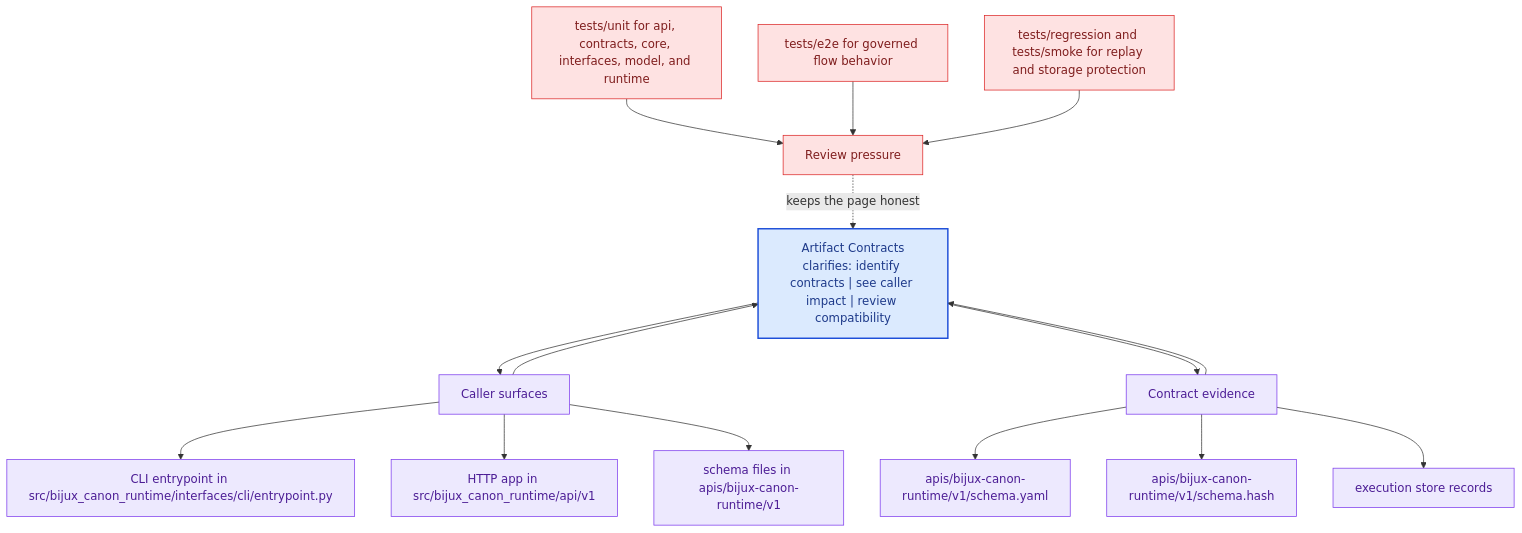
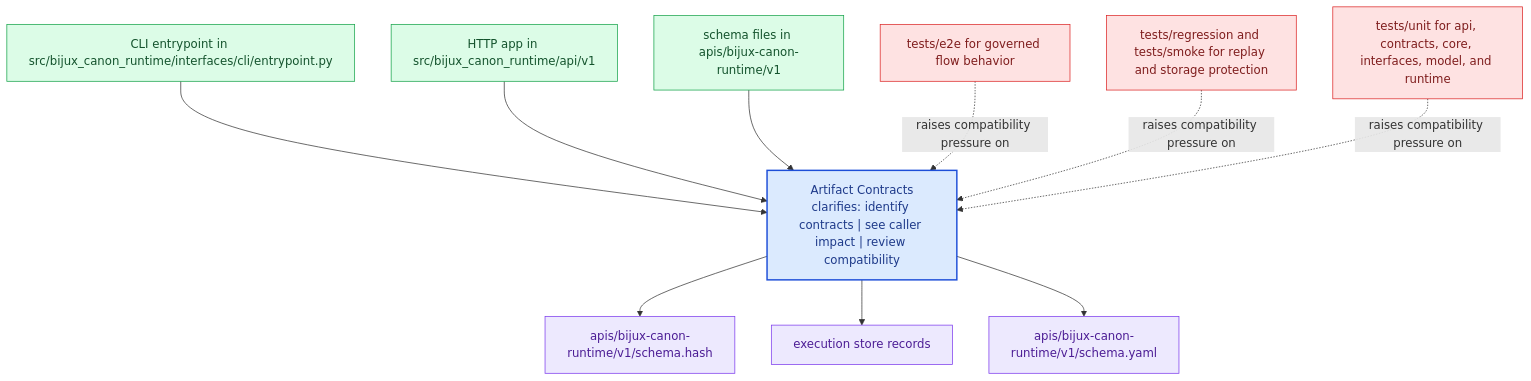
The diagram in docs/bijux-canon-runtime/interfaces/artifact-contracts.md (bijux/bijux-canon), drawn with Mermaid before and after one commit. The commit also changed other lines of this file and 281 other files, not shown here.

Commit message:
docs(diagrams): replace repeated mermaid scaffolds with page-specific summaries

````diff
--- a/docs/bijux-canon-runtime/interfaces/artifact-contracts.md
+++ b/docs/bijux-canon-runtime/interfaces/artifact-contracts.md
@@ -68,41 +23,31 @@
 ```mermaid
 flowchart TB
-    promise["Artifact Contracts<br/>clarifies: identify contracts | see caller impact | review compatibility"]
-    classDef promise fill:#dbeafe,stroke:#1d4ed8,color:#1e3a8a,stroke-width:2px;
-    classDef driver fill:#dcfce7,stroke:#16a34a,color:#14532d;
-    classDef constraint fill:#fee2e2,stroke:#dc2626,color:#7f1d1d;
-    classDef ground fill:#ede9fe,stroke:#7c3aed,color:#4c1d95;
-    focus1["Caller surfaces"]
-    focus1 --> promise
-    promise --> focus1
-    focus1_1["CLI entrypoint in src/bijux_canon_runtime/interfaces/cli/entrypoint.py"]
-    focus1 --> focus1_1
-    focus1_2["HTTP app in src/bijux_canon_runtime/api/v1"]
-    focus1 --> focus1_2
-    focus1_3["schema files in apis/bijux-canon-runtime/v1"]
-    focus1 --> focus1_3
-    class focus1 ground;
-    class focus1_1,focus1_2,focus1_3 ground;
-    focus2["Contract evidence"]
-    focus2 --> promise
-    promise --> focus2
-    focus2_1["apis/bijux-canon-runtime/v1/schema.yaml"]
-    focus2 --> focus2_1
-    focus2_2["apis/bijux-canon-runtime/v1/schema.hash"]
-    focus2 --> focus2_2
-    focus2_3["execution store records"]
-    focus2 --> focus2_3
-    class focus2 ground;
-    class focus2_1,focus2_2,focus2_3 ground;
-    focus3["Review pressure"]
-    focus3 -.keeps the page honest.-> promise
-    focus3_1["tests/unit for api, contracts, core, interfaces, model, and runtime"]
-    focus3_1 --> focus3
-    focus3_2["tests/e2e for governed flow behavior"]
-    focus3_2 --> focus3
-    focus3_3["tests/regression and tests/smoke for replay and storage protection"]
-    focus3_3 --> focus3
-    class focus3 constraint;
-    class focus3_1,focus3_2,focus3_3 constraint;
-    class promise promise;
+    page["Artifact Contracts<br/>clarifies: identify contracts | see caller impact | review compatibility"]
+    classDef page fill:#dbeafe,stroke:#1d4ed8,color:#1e3a8a,stroke-width:2px;
+    classDef positive fill:#dcfce7,stroke:#16a34a,color:#14532d;
+    classDef caution fill:#fee2e2,stroke:#dc2626,color:#7f1d1d;
+    classDef anchor fill:#ede9fe,stroke:#7c3aed,color:#4c1d95;
+    classDef action fill:#fef3c7,stroke:#d97706,color:#7c2d12;
+    surface1["CLI entrypoint in src/bijux_canon_runtime/interfaces/cli/entrypoint.py"]
+    surface1 --> page
+    surface2["HTTP app in src/bijux_canon_runtime/api/v1"]
+    surface2 --> page
+    surface3["schema files in apis/bijux-canon-runtime/v1"]
+    surface3 --> page
+    proof1["apis/bijux-canon-runtime/v1/schema.hash"]
+    page --> proof1
+    proof2["execution store records"]
+    page --> proof2
+    proof3["apis/bijux-canon-runtime/v1/schema.yaml"]
+    page --> proof3
+    review1["tests/e2e for governed flow behavior"]
+    review1 -.raises compatibility pressure on.-> page
+    review2["tests/regression and tests/smoke for replay and storage protection"]
+    review2 -.raises compatibility pressure on.-> page
+    review3["tests/unit for api, contracts, core, interfaces, model, and runtime"]
+    review3 -.raises compatibility pressure on.-> page
+    class page page;
+    class surface1,surface2,surface3 positive;
+    class proof1,proof2,proof3 anchor;
+    class review1,review2,review3 caution;
 ```
````
